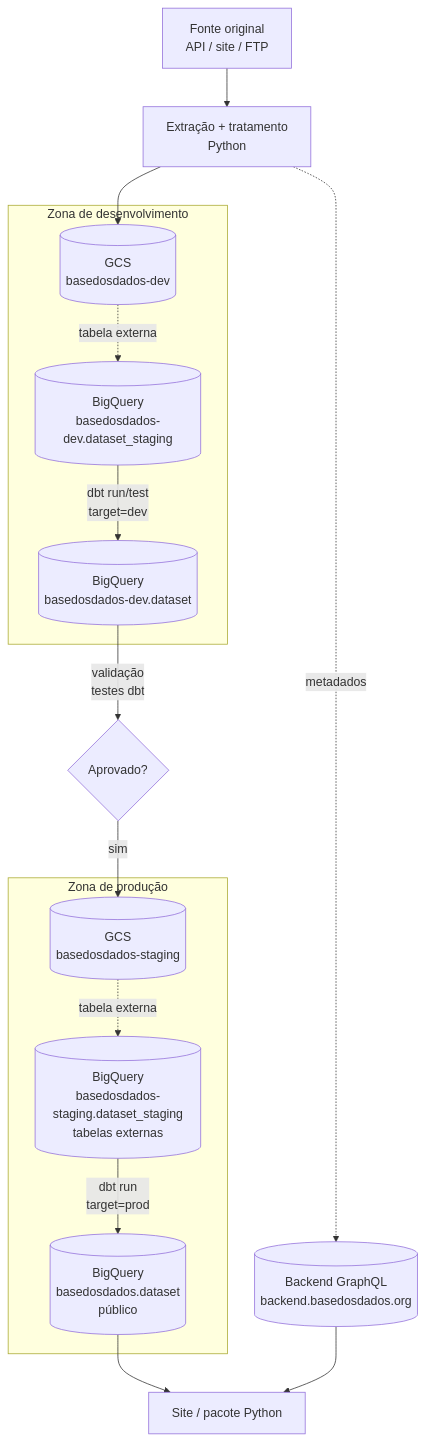
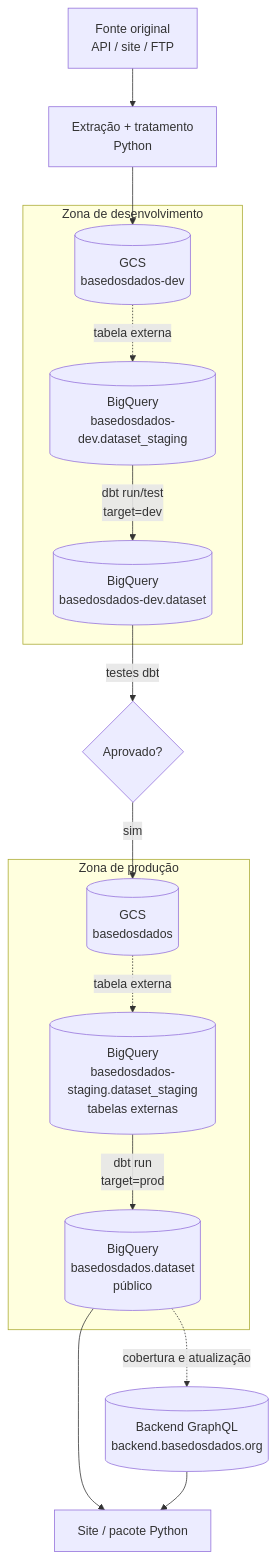
The first of 3 diagrams in docs/onboarding/fluxo-de-dados-e-infraestrutura.md (basedosdados/manual-equipe-dados), drawn with Mermaid before and after one commit. The commit also changed other lines of this file, not shown here.

````diff
--- a/docs/onboarding/fluxo-de-dados-e-infraestrutura.md
+++ b/docs/onboarding/fluxo-de-dados-e-infraestrutura.md
@@ -29,37 +29,37 @@
 ```mermaid
 flowchart TD
     SRC[Fonte original<br/>API / site / FTP]
     EXT[Extração + tratamento<br/>Python]
     GCSDEV[(GCS<br/>basedosdados-dev)]
     BQDEVSTG[(BigQuery<br/>basedosdados-dev.dataset_staging)]
     BQDEV[(BigQuery<br/>basedosdados-dev.dataset)]
     GATE{Aprovado?}
-    GCSPROD[(GCS<br/>basedosdados-staging)]
+    GCSPROD[(GCS<br/>basedosdados)]
     BQPRODSTG[(BigQuery<br/>basedosdados-staging.dataset_staging<br/>tabelas externas)]
     BQPROD[(BigQuery<br/>basedosdados.dataset<br/>público)]
     API[(Backend GraphQL<br/>backend.basedosdados.org)]
     SITE[Site / pacote Python]
 
     SRC --> EXT
     EXT --> GCSDEV
     GCSDEV -. tabela externa .-> BQDEVSTG
     BQDEVSTG -- dbt run/test<br/>target=dev --> BQDEV
-    BQDEV -- validação<br/>testes dbt --> GATE
+    BQDEV -- testes dbt --> GATE
     GATE -- sim --> GCSPROD
     GCSPROD -. tabela externa .-> BQPRODSTG
     BQPRODSTG -- dbt run<br/>target=prod --> BQPROD
-    EXT -. metadados .-> API
+    BQPROD -. cobertura e atualização .-> API
     BQPROD --> SITE
     API --> SITE
 
     subgraph DEV[Zona de desenvolvimento]
         GCSDEV
         BQDEVSTG
         BQDEV
     end
     subgraph PROD[Zona de produção]
         GCSPROD
         BQPRODSTG
         BQPROD
     end
 ```
````
